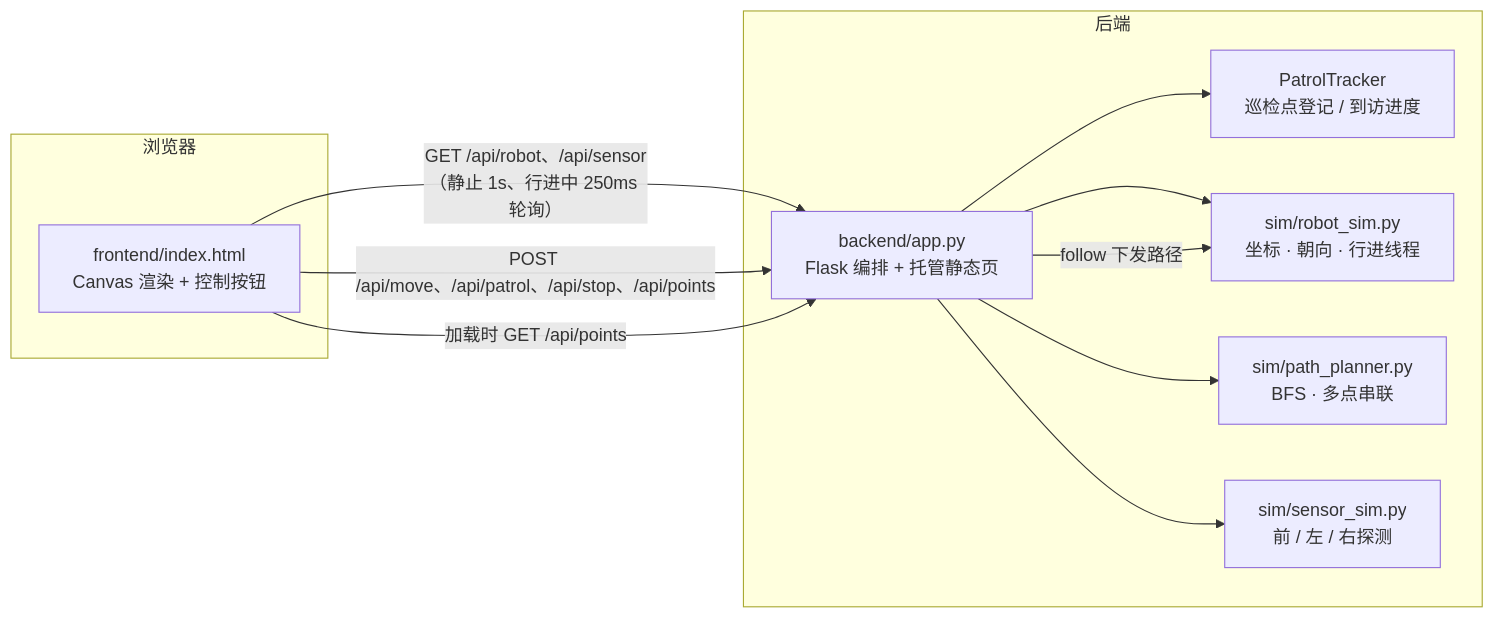
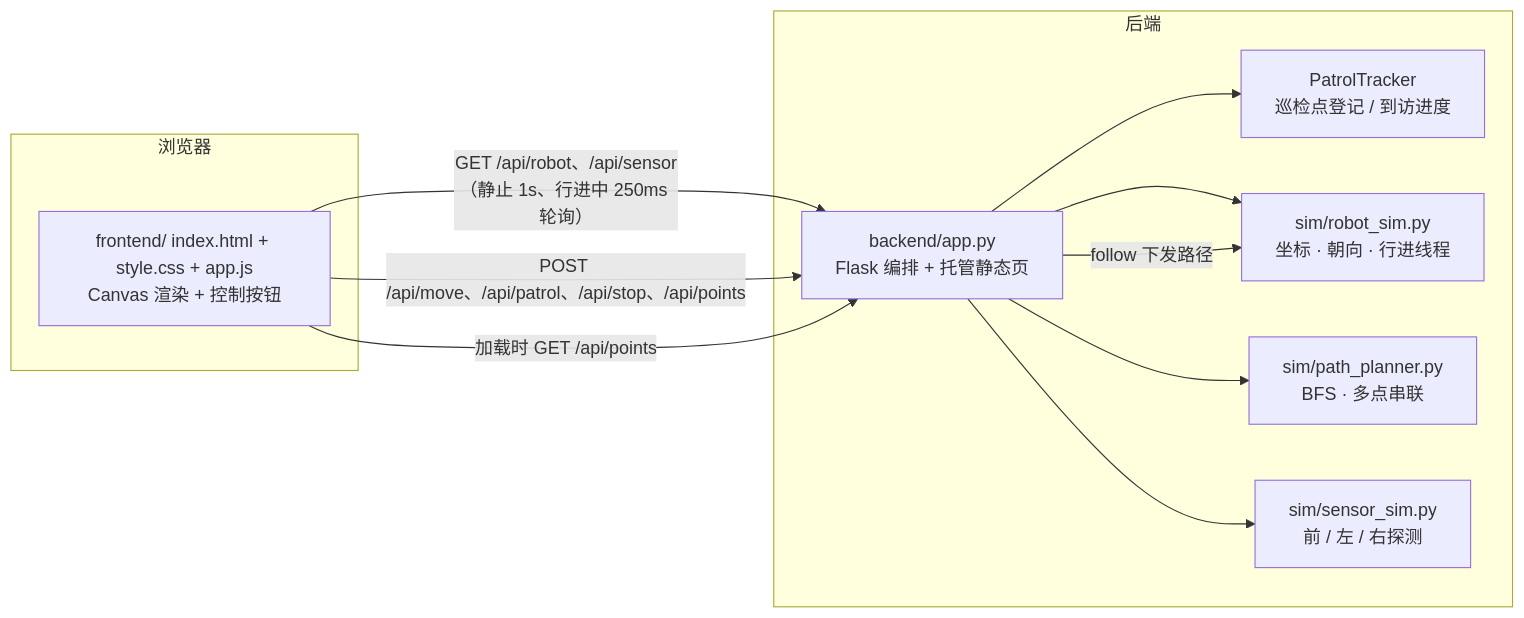
One commit to ruisen77-gif/patrol-sim-std changed the diagram in docs/03_项目架构与接口.md. Above: the diagram before and after it, drawn with Mermaid. The commit also changed other lines of this file and 13 other files, not shown here.

Commit message:
test: 补齐后端 pytest 用例并拆分前端为 html/css/js，新增前端冒烟测试

````diff
--- a/docs/03_项目架构与接口.md
+++ b/docs/03_项目架构与接口.md
@@ -22,21 +22,21 @@
 ```mermaid
 graph LR
     subgraph 浏览器
-        UI[frontend/index.html<br/>Canvas 渲染 + 控制按钮]
+        UI[frontend/ index.html + style.css + app.js<br/>Canvas 渲染 + 控制按钮]
     end
     subgraph 后端
         APP[backend/app.py<br/>Flask 编排 + 托管静态页]
         TRACK[PatrolTracker<br/>巡检点登记 / 到访进度]
         ROBOT[sim/robot_sim.py<br/>坐标 · 朝向 · 行进线程]
         PLAN[sim/path_planner.py<br/>BFS · 多点串联]
         SENSOR[sim/sensor_sim.py<br/>前 / 左 / 右探测]
     end
     UI -->|GET /api/robot、/api/sensor（静止 1s、行进中 250ms 轮询）| APP
     UI -->|POST /api/move、/api/patrol、/api/stop、/api/points| APP
     UI -->|加载时 GET /api/points| APP
     APP --> TRACK
     APP --> ROBOT
     APP --> PLAN
     APP --> SENSOR
     APP -->|follow 下发路径| ROBOT
 ```
````
